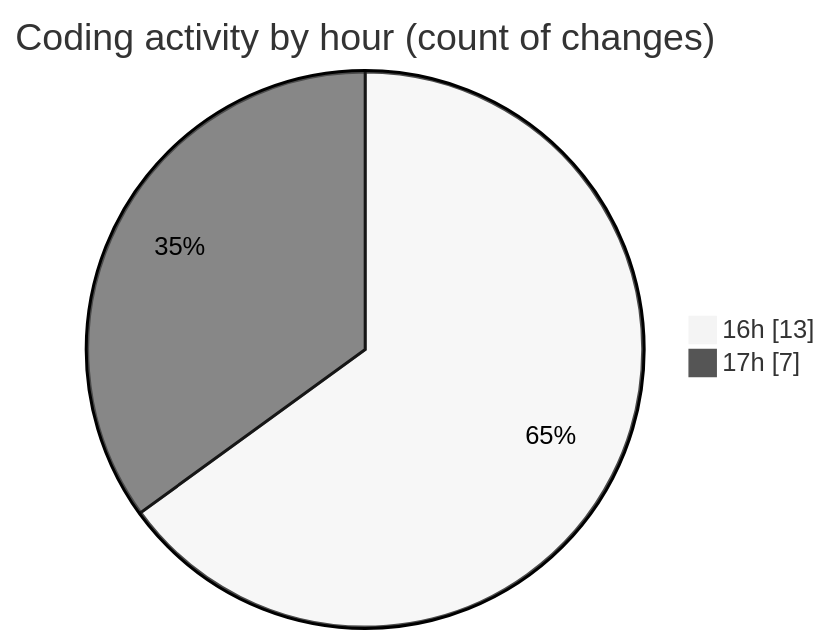
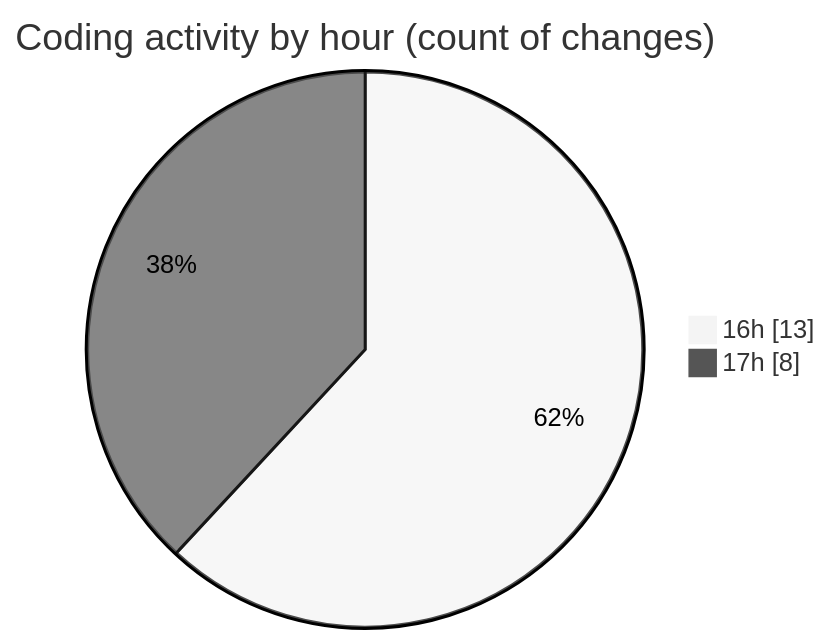
The second of 2 diagrams in 2025-05-20/mbc-web/README.md (robertbonfada/code-tracking), drawn with Mermaid (neutral theme) before and after one commit. The commit also changed other lines of this file and 1 other file, not shown here.

````diff
--- a/2025-05-20/mbc-web/README.md
+++ b/2025-05-20/mbc-web/README.md
@@ -33,6 +33,6 @@
 ```mermaid
 pie showData
 title Coding activity by hour (count of changes)
 "16h" : 13
-"17h" : 7
+"17h" : 8
 ```
````
